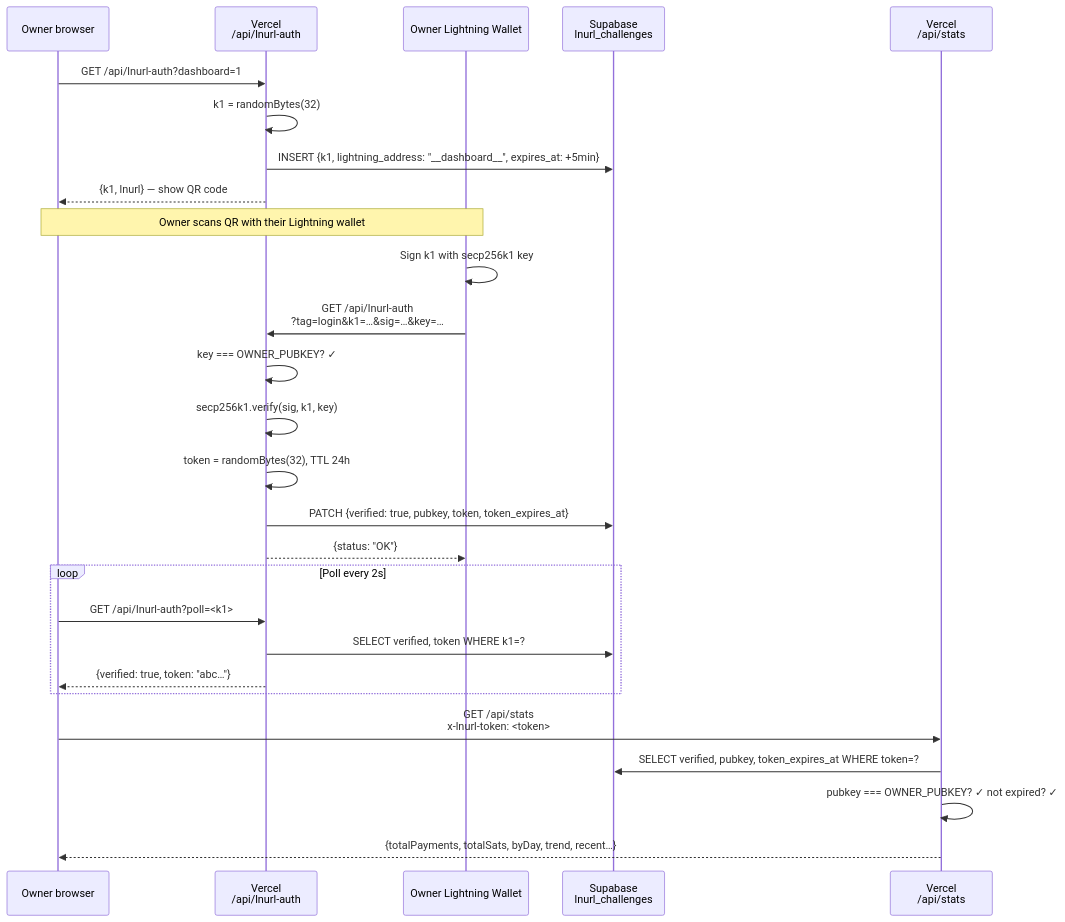
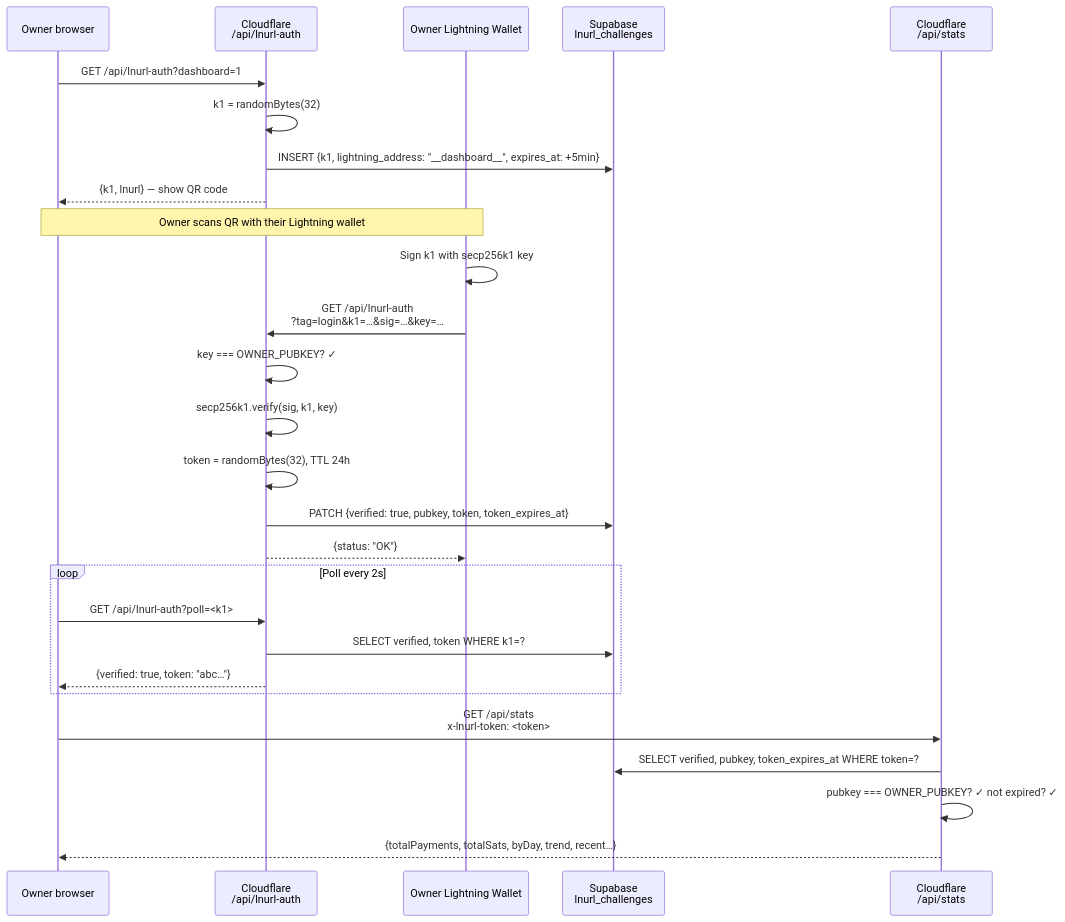
One commit to ShinyDapps/l402-kit changed the sixth of 8 diagrams in docs/guides/flows.mdx. Above: the diagram before and after it, drawn with Mermaid. The commit also changed other lines of this file and 40 other files, not shown here.

First line of the commit message:
chore: remove all Vercel references — 100% Cloudflare

````diff
--- a/docs/guides/flows.mdx
+++ b/docs/guides/flows.mdx
@@ -160,33 +160,33 @@
 ```mermaid
 sequenceDiagram
     participant O as Owner browser
-    participant V as Vercel<br/>/api/lnurl-auth
+    participant V as Cloudflare<br/>/api/lnurl-auth
     participant W as Owner Lightning Wallet
     participant S as Supabase<br/>lnurl_challenges
-    participant D as Vercel<br/>/api/stats
+    participant D as Cloudflare<br/>/api/stats
 
     O->>V: GET /api/lnurl-auth?dashboard=1
     V->>V: k1 = randomBytes(32)
     V->>S: INSERT {k1, lightning_address: "__dashboard__", expires_at: +5min}
     V-->>O: {k1, lnurl} — show QR code
 
     Note over O,W: Owner scans QR with their Lightning wallet
     W->>W: Sign k1 with secp256k1 key
     W->>V: GET /api/lnurl-auth<br/>?tag=login&k1=…&sig=…&key=…
     V->>V: key === OWNER_PUBKEY? ✓
     V->>V: secp256k1.verify(sig, k1, key)
     V->>V: token = randomBytes(32), TTL 24h
     V->>S: PATCH {verified: true, pubkey, token, token_expires_at}
     V-->>W: {status: "OK"}
 
     loop Poll every 2s
         O->>V: GET /api/lnurl-auth?poll=<k1>
         V->>S: SELECT verified, token WHERE k1=?
         V-->>O: {verified: true, token: "abc…"}
     end
 
     O->>D: GET /api/stats<br/>x-lnurl-token: <token>
     D->>S: SELECT verified, pubkey, token_expires_at WHERE token=?
     D->>D: pubkey === OWNER_PUBKEY? ✓ not expired? ✓
     D-->>O: {totalPayments, totalSats, byDay, trend, recent…}
 ```
````
